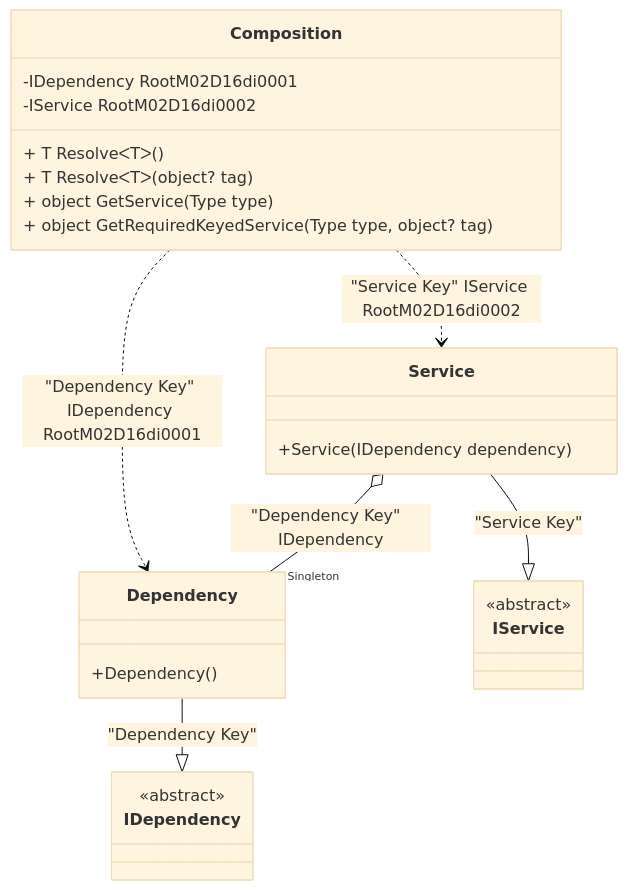
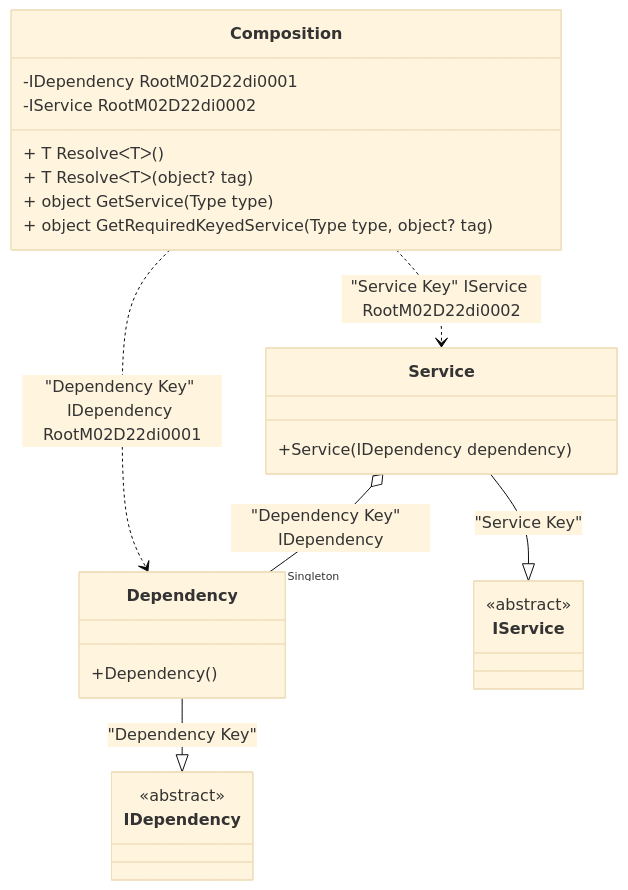
Before and after one commit to DevTeam/Pure.DI: the diagram in readme/keyed-service-provider.md, drawn with Mermaid (base theme). The commit also changed other lines of this file and 83 other files, not shown here.

````diff
--- a/readme/keyed-service-provider.md
+++ b/readme/keyed-service-provider.md
@@ -50,28 +50,28 @@
 ```mermaid
 classDiagram
   class Composition {
-    -IDependency RootM02D16di0001
-    -IService RootM02D16di0002
+    -IDependency RootM02D22di0001
+    -IService RootM02D22di0002
     + T ResolveᐸTᐳ()
     + T ResolveᐸTᐳ(object? tag)
     + object GetService(Type type)
     + object GetRequiredKeyedService(Type type, object? tag)
   }
   Dependency --|> IDependency : "Dependency Key" 
   class Dependency {
     +Dependency()
   }
   Service --|> IService : "Service Key" 
   class Service {
     +Service(IDependency dependency)
   }
   class IDependency {
     <<abstract>>
   }
   class IService {
     <<abstract>>
   }
   Service o--  "Singleton" Dependency : "Dependency Key"  IDependency
-  Composition ..> Dependency : "Dependency Key" IDependency RootM02D16di0001
-  Composition ..> Service : "Service Key" IService RootM02D16di0002
+  Composition ..> Dependency : "Dependency Key" IDependency RootM02D22di0001
+  Composition ..> Service : "Service Key" IService RootM02D22di0002
 ```
````
